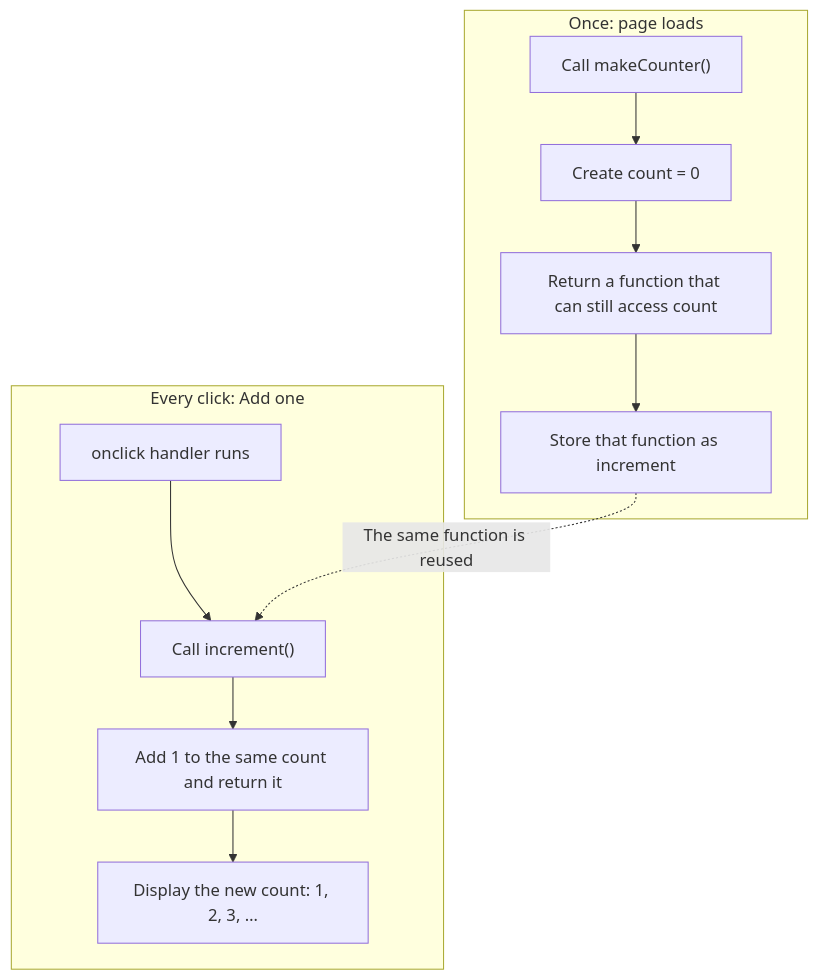
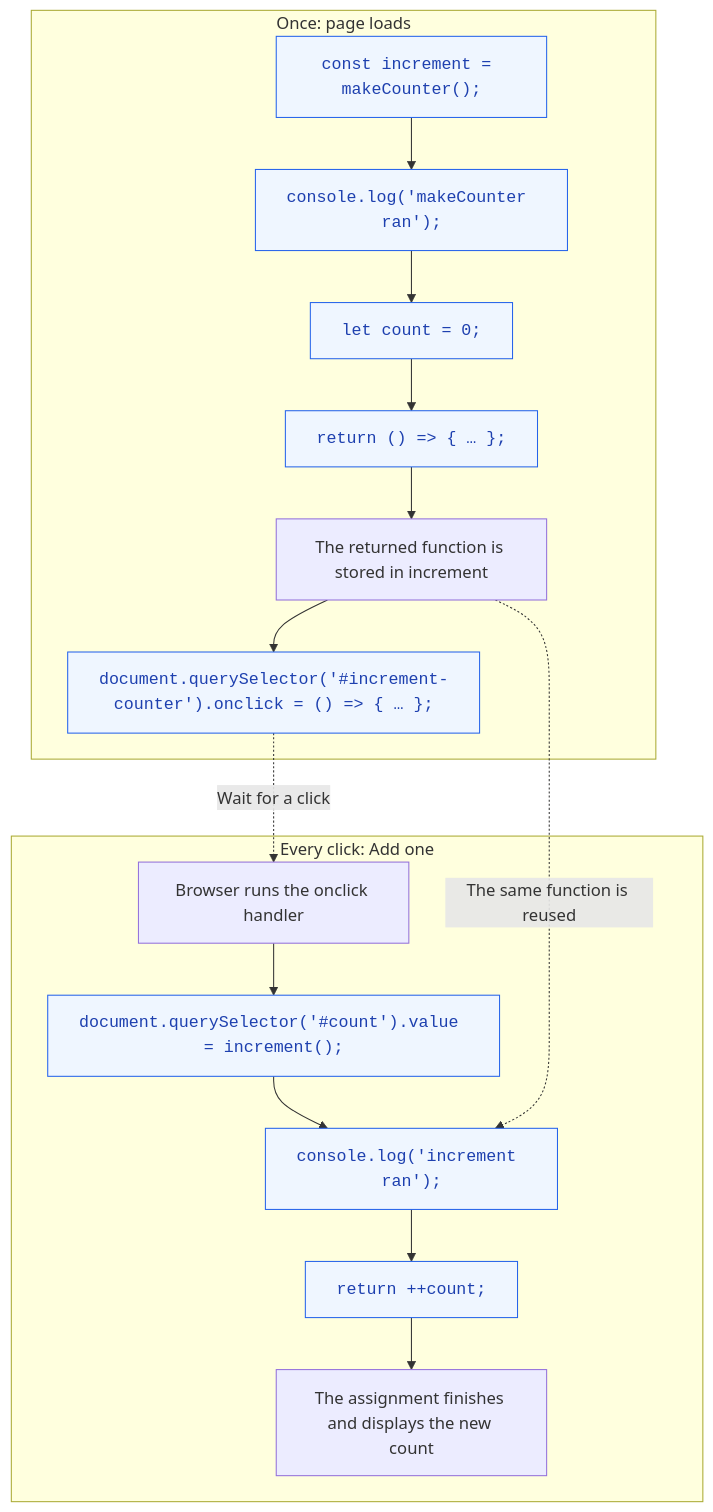
The diagram in closure-flow.md (axleb/git--node-d3), drawn with Mermaid before and after one commit. The commit also changed other lines of this file, not shown here.

````diff
--- a/closure-flow.md
+++ b/closure-flow.md
@@ -3,16 +5,23 @@
 ```mermaid
 flowchart TD
     subgraph Setup["Once: page loads"]
-        A["Call makeCounter()"] --> B["Create count = 0"]
-        B --> C["Return a function that can still access count"]
-        C --> D["Store that function as increment"]
+        A["const increment = makeCounter();"] --> B["console.log('makeCounter ran');"]
+        B --> C["let count = 0;"]
+        C --> D["return () =&gt; { … };"]
+        D --> Stored["The returned function is stored in increment"]
+        Stored --> Registered["document.querySelector('#increment-counter').onclick = () =&gt; { … };"]
     end
 
     subgraph Click["Every click: Add one"]
-        E["onclick handler runs"] --> F["Call increment()"]
-        F --> G["Add 1 to the same count and return it"]
-        G --> H["Display the new count: 1, 2, 3, …"]
+        E["Browser runs the onclick handler"] --> F["document.querySelector('#count').value = increment();"]
+        F --> Log["console.log('increment ran');"]
+        Log --> G["return ++count;"]
+        G --> H["The assignment finishes and displays the new count"]
     end
 
-    D -. "The same function is reused" .-> F
+    Registered -. "Wait for a click" .-> E
+    Stored -. "The same function is reused" .-> Log
+
+    classDef javascript fill:#eff6ff,stroke:#2563eb,color:#1e40af,font-family:monospace;
+    class A,B,C,D,Registered,F,Log,G javascript;
 ```
````
